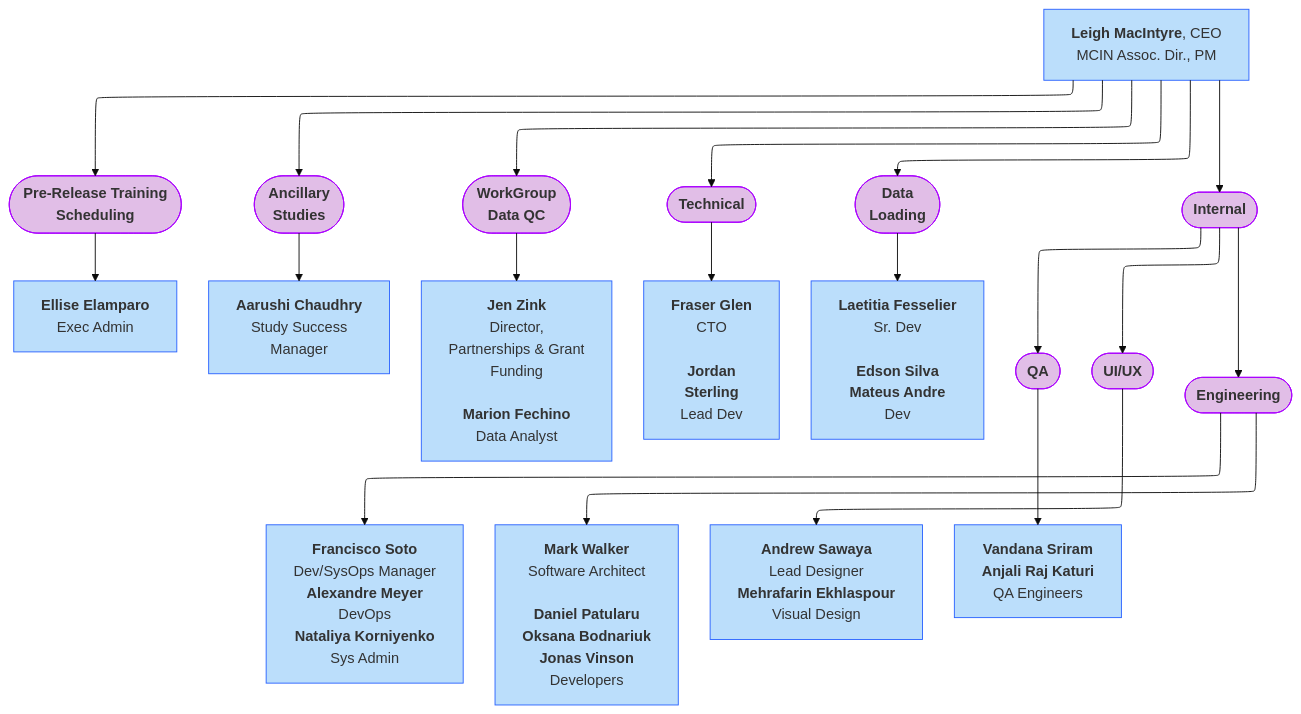
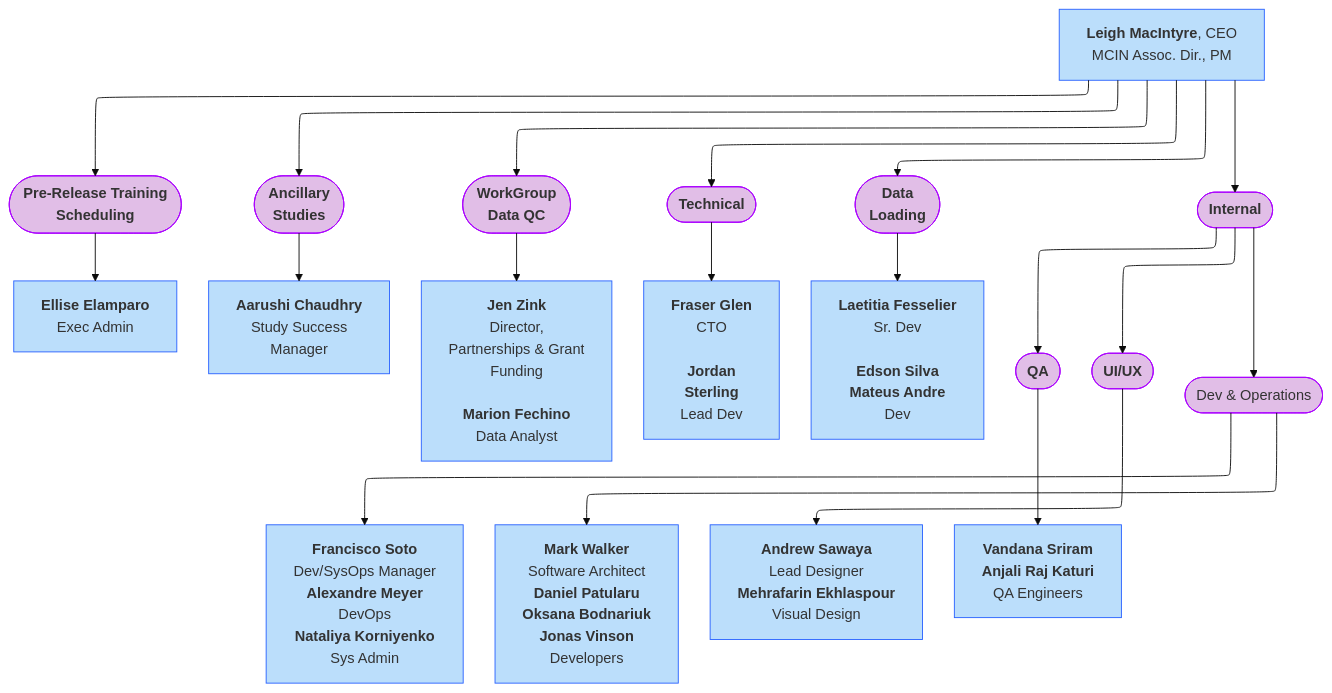
One commit to DCAN-Labs/hbcd-docs-internal changed the first of 2 diagrams in docs/orgcharts_alt.md. Above: the diagram before and after it, drawn with Mermaid (base theme).

````diff
--- a/docs/orgcharts_alt.md
+++ b/docs/orgcharts_alt.md
@@ -4,36 +4,36 @@
 ```mermaid
 ---
 config:
   layout: elk
 ---
 flowchart TB
     A["<b>Leigh MacIntyre</b>, CEO<br>MCIN Assoc. Dir., PM"] --> B(["<b>Pre-Release Training<br>Scheduling<br></b>"]) & n1(["<b>Ancillary<br>Studies</b>"]) & n2(["<b>WorkGroup<br>Data QC</b>"]) & n3(["<b>Technical</b>"]) & n4(["<b>Data<br>Loading</b>"]) & n19(["<b>Internal</b>"])
     B --> n5["<b>Ellise Elamparo</b><br>Exec Admin"]
     n1 --> n6["<b>Aarushi Chaudhry<br></b>Study Success<br>Manager"]
     n2 --> n7["<b>Jen Zink<br></b>Director,<br>Partnerships &amp; Grant<br>Funding<br><br><b>Marion Fechino</b><br>Data Analyst"]
     n3 --> n8["<b>Fraser Glen<br></b>CTO<br><br><b>Jordan<br>Sterling<br></b>Lead Dev"]
     n4 --> n9["<b>Laetitia Fesselier<br></b>Sr. Dev<br><b><br>Edson Silva</b><br><b>Mateus Andre<br></b>Dev"]
-    n19 --> n21(["<b>QA</b>"]) & n22(["<b>UI/UX</b>"]) & n23(["<b>Engineering</b>"])
-    n23 --> n24["<b>Francisco Soto</b><br>Dev/SysOps Manager<br><b>Alexandre Meyer</b><br>DevOps<br><b>Nataliya Korniyenko<br></b>Sys Admin"] & n25["<b>Mark Walker<br></b>Software Architect<br><br><b>Daniel Patularu</b><br><b>Oksana Bodnariuk<br>Jonas Vinson<br></b>Developers"]
+    n19 --> n21(["<b>QA</b>"]) & n22(["<b>UI/UX</b>"]) & n23(["Dev &amp; Operations"])
+    n23 --> n24["<b>Francisco Soto</b><br>Dev/SysOps Manager<br><b>Alexandre Meyer</b><br>DevOps<br><b>Nataliya Korniyenko<br></b>Sys Admin"] & n25["<b>Mark Walker<br></b>Software Architect<br><b>Daniel Patularu</b><br><b>Oksana Bodnariuk<br>Jonas Vinson<br></b>Developers"]
     n22 --> n26["<b>Andrew Sawaya</b><br>Lead Designer<br><b>Mehrafarin Ekhlaspour</b><br>Visual Design"]
     n21 --> n27["<b>Vandana Sriram</b><br><b>Anjali Raj Katuri<br></b>QA Engineers"]
     style A fill:#BBDEFB,stroke:#2962FF
     style B fill:#E1BEE7,stroke:#AA00FF
     style n1 fill:#E1BEE7,stroke:#AA00FF
     style n2 fill:#E1BEE7,stroke:#AA00FF
     style n3 fill:#E1BEE7,stroke:#AA00FF
     style n4 fill:#E1BEE7,stroke:#AA00FF
     style n19 fill:#E1BEE7,stroke:#AA00FF
     style n5 fill:#BBDEFB,stroke:#2962FF
     style n6 fill:#BBDEFB,stroke:#2962FF
     style n7 fill:#BBDEFB,stroke:#2962FF
     style n8 fill:#BBDEFB,stroke:#2962FF
     style n9 fill:#BBDEFB,stroke:#2962FF
     style n21 fill:#E1BEE7,stroke:#AA00FF
     style n22 fill:#E1BEE7,stroke:#AA00FF
     style n23 fill:#E1BEE7,stroke:#AA00FF
     style n24 fill:#BBDEFB,stroke:#2962FF
     style n25 fill:#BBDEFB,stroke:#2962FF
     style n26 fill:#BBDEFB,stroke:#2962FF
     style n27 fill:#BBDEFB,stroke:#2962FF
 ```
````
